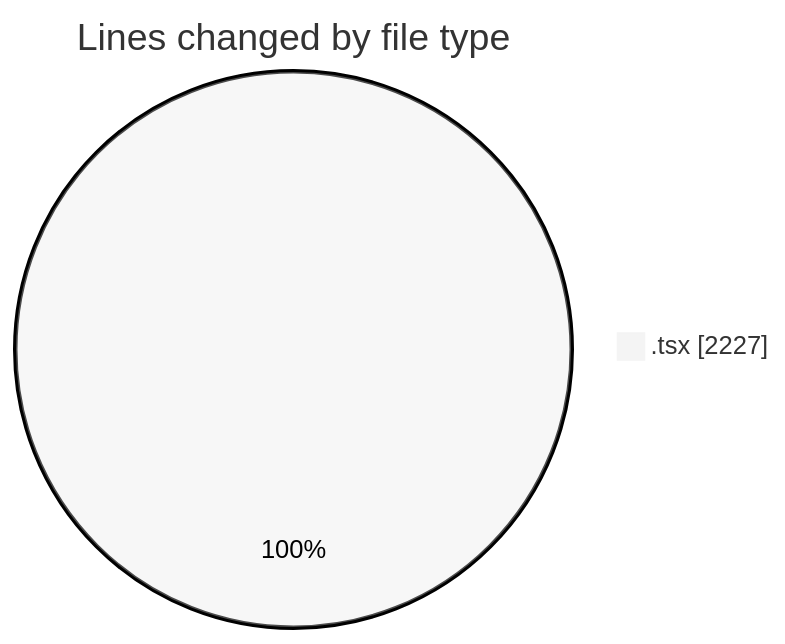
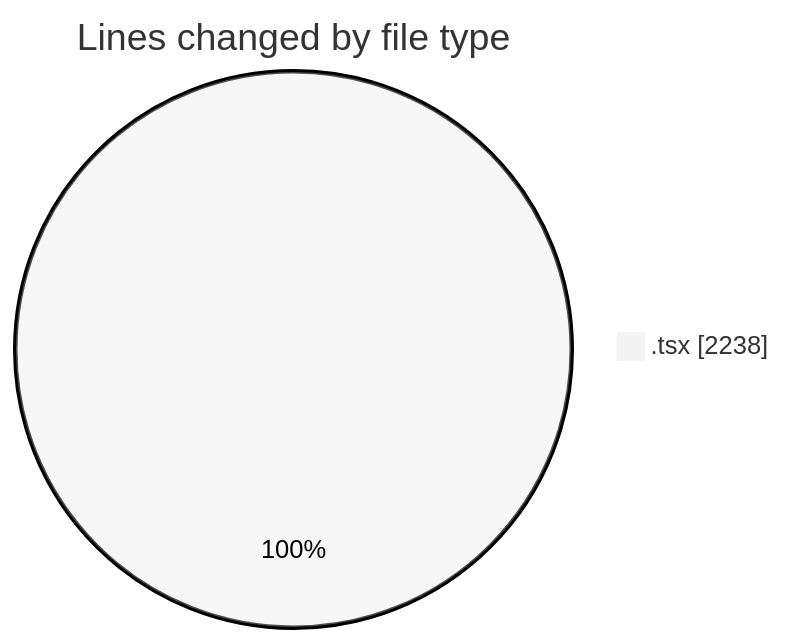
One commit to nxtqubesakshisongat/code-tracking changed the first of 2 diagrams in 2026-03-05/nxtqube_webapp/README.md. Above: the diagram before and after it, drawn with Mermaid (neutral theme). The commit also changed other lines of this file and 1 other file, not shown here.

````diff
--- a/2026-03-05/nxtqube_webapp/README.md
+++ b/2026-03-05/nxtqube_webapp/README.md
@@ -21,5 +21,5 @@
 ```mermaid
 pie showData
 title Lines changed by file type
-".tsx" : 2227
+".tsx" : 2238
 ```
````
